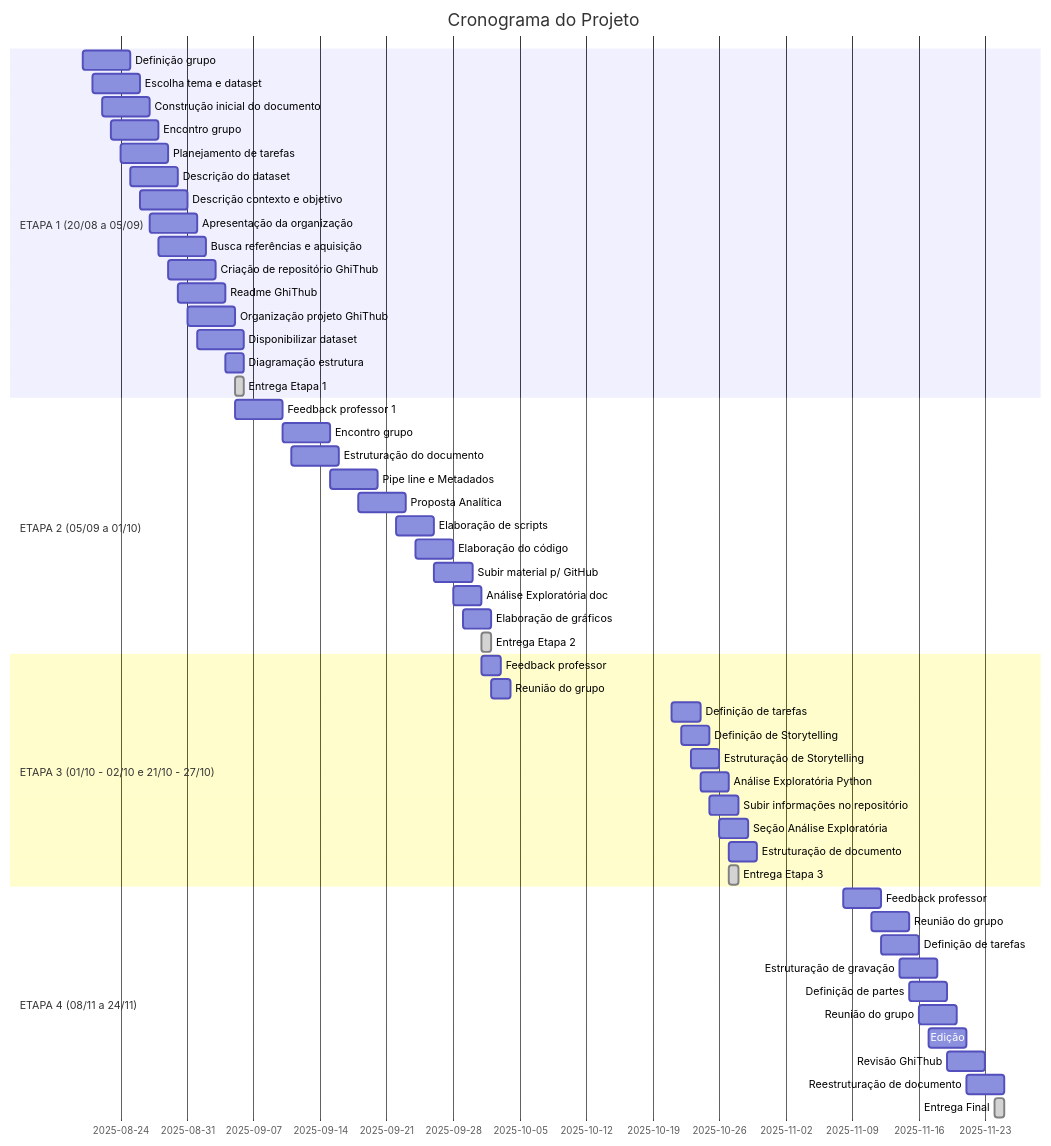
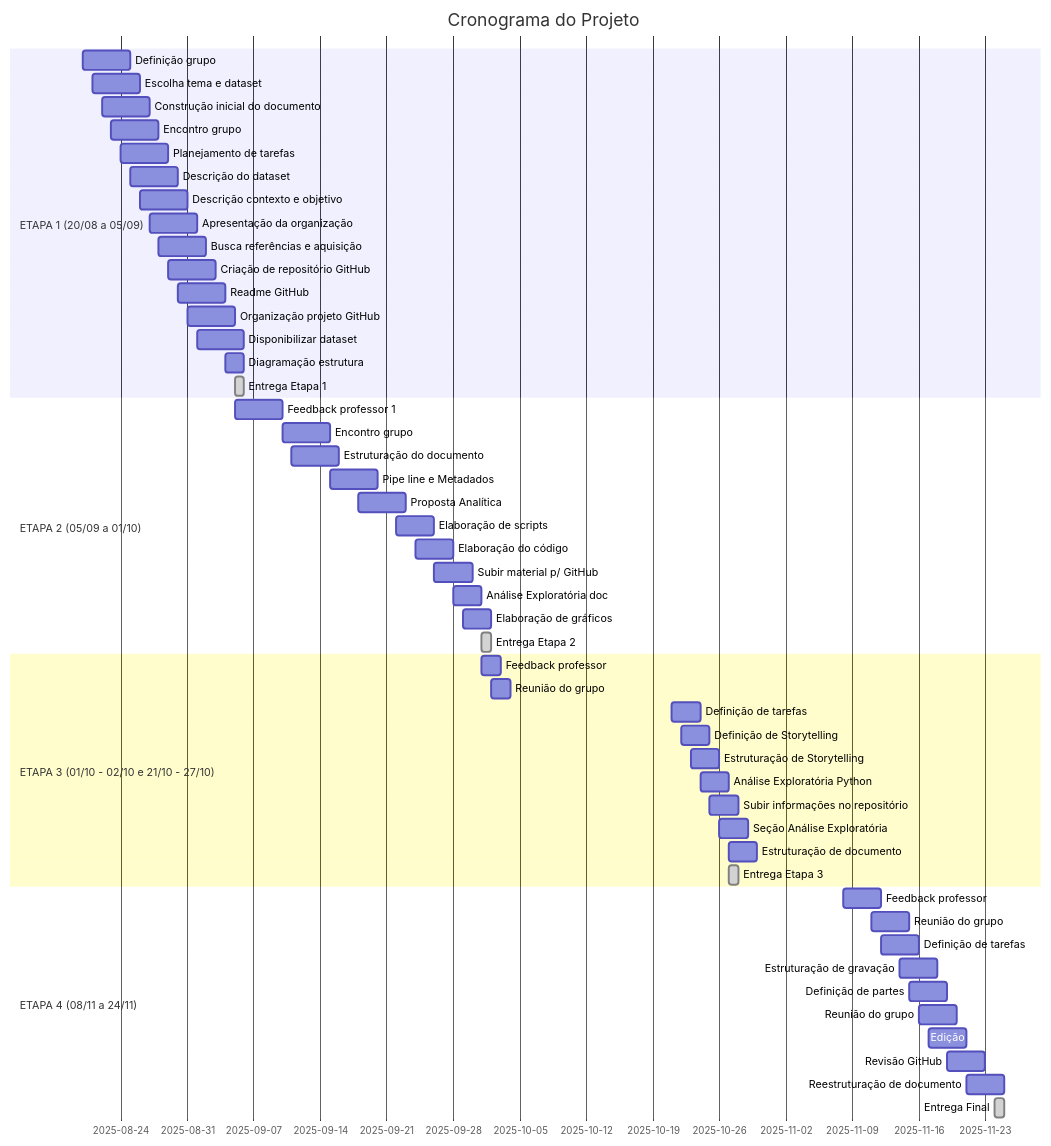
Before and after one commit to Hudsoncj/Projeto-Aplicado-2: the diagram in Cronograma.md, drawn with Mermaid. The commit also changed other lines of this file, not shown here.

````diff
--- a/Cronograma.md
+++ b/Cronograma.md
@@ -85,59 +85,59 @@
 ```mermaid
 gantt
     title Cronograma do Projeto
     dateFormat MM/DD
 
     section ETAPA 1 (20/08 a 05/09)
     Definição grupo : 08/20, 5d
     Escolha tema e dataset : 08/21, 5d
     Construção inicial do documento : 08/22, 5d
     Encontro grupo : 08/23, 5d
     Planejamento de tarefas : 08/24, 5d
     Descrição do dataset : 08/25, 5d
     Descrição contexto e objetivo : 08/26, 5d
     Apresentação da organização : 08/27, 5d
     Busca referências e aquisição : 08/28, 5d
-    Criação de repositório GhiThub : 08/29, 5d
-    Readme GhiThub : 08/30, 5d
-    Organização projeto GhiThub : 08/31, 5d
+    Criação de repositório GitHub : 08/29, 5d
+    Readme GitHub : 08/30, 5d
+    Organização projeto GitHub : 08/31, 5d
     Disponibilizar dataset : 09/01, 5d
     Diagramação estrutura : 09/04, 2d
     Entrega Etapa 1 : done, 09/05, 1d
 
     section ETAPA 2 (05/09 a 01/10)
     Feedback professor 1 : 09/05, 5d
     Encontro grupo : 09/10, 5d
     Estruturação do documento : 09/11, 5d
     Pipe line e Metadados : 09/15, 5d
     Proposta Analítica : 09/18, 5d
     Elaboração de scripts : 09/22, 4d
     Elaboração do código : 09/24, 4d
     Subir material p/ GitHub : 09/26, 4d
     Análise Exploratória doc : 09/28, 3d
     Elaboração de gráficos : 09/29, 3d
     Entrega Etapa 2 : done, 10/01, 1d
 
     section ETAPA 3 (01/10 - 02/10 e 21/10 - 27/10)
     Feedback professor : 10/01, 2d
     Reunião do grupo : 10/02, 2d
     Definição de tarefas : 10/21, 3d
     Definição de Storytelling : 10/22, 3d
     Estruturação de Storytelling : 10/23, 3d
     Análise Exploratória Python : 10/24, 3d
     Subir informações no repositório : 10/25, 3d
     Seção Análise Exploratória : 10/26, 3d
     Estruturação de documento : 10/27, 3d
     Entrega Etapa 3 : done, 10/27, 1d
 
     section ETAPA 4 (08/11 a 24/11)
     Feedback professor : 11/08, 4d
     Reunião do grupo : 11/11, 4d
     Definição de tarefas : 11/12, 4d
     Estruturação de gravação : 11/14, 4d
     Definição de partes : 11/15, 4d
     Reunião do grupo : 11/16, 4d
     Edição : 11/17, 4d
-    Revisão GhiThub : 11/19, 4d
+    Revisão GitHub : 11/19, 4d
     Reestruturação de documento : 11/21, 4d
     Entrega Final : done, 11/24, 1d
 ```
````
